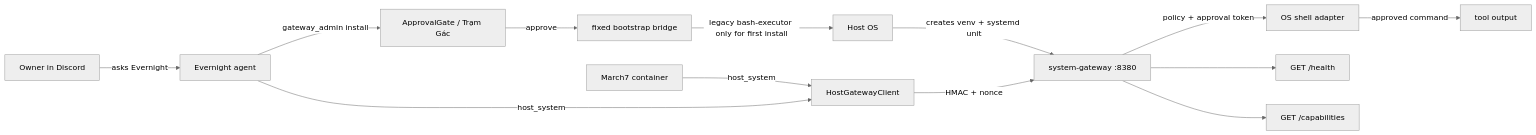
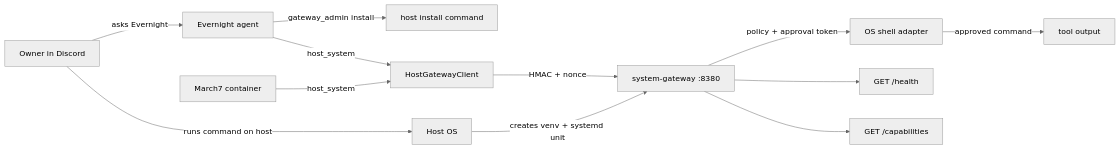
Before and after one commit to Flowerf19/Harness_agent: the diagram in services/system_gateway/README.md, drawn with Mermaid (neutral theme). The commit also changed other lines of this file and 51 other files, not shown here.

First line of the commit message:
Remove legacy bash executor and associated tools

````diff
--- a/services/system_gateway/README.md
+++ b/services/system_gateway/README.md
@@ -10,17 +10,16 @@
 ```mermaid
 flowchart LR
     Owner["Owner in Discord"] -->|"asks Evernight"| EV["Evernight agent"]
-    EV -->|"gateway_admin install"| Gate["ApprovalGate / Trạm Gác"]
-    Gate -->|"approve"| Bridge["fixed bootstrap bridge"]
-    Bridge -->|"legacy bash-executor only for first install"| Host["Host OS"]
+    EV -->|"gateway_admin install"| Hint["host install command"]
+    Owner -->|"runs command on host"| Host["Host OS"]
     Host -->|"creates venv + systemd unit"| SG["system-gateway :8380"]
 
     M7["March7 container"] -->|"host_system"| Client["HostGatewayClient"]
     EV -->|"host_system"| Client
     Client -->|"HMAC + nonce"| SG
     SG -->|"policy + approval token"| Shell["OS shell adapter"]
     Shell -->|"approved command"| Result["tool output"]
 
     SG --> Health["GET /health"]
     SG --> Caps["GET /capabilities"]
 ```
````
